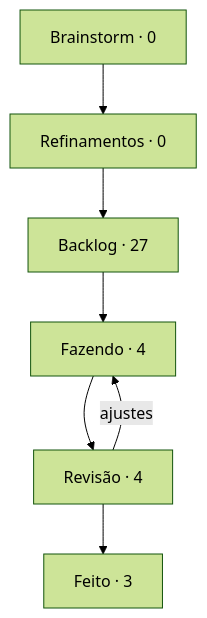
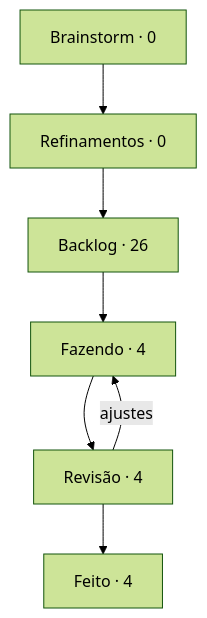
The diagram in boards/dungeon-bend/BOARD.md (StudioVibi/VibiKanban), drawn with Mermaid (forest theme) before and after one commit. The commit also changed other lines of this file and 2 other files, not shown here.

````diff
--- a/boards/dungeon-bend/BOARD.md
+++ b/boards/dungeon-bend/BOARD.md
@@ -5,12 +5,12 @@
 ```mermaid
 flowchart TD
   brainstorm["Brainstorm · 0"] --> refinamentos["Refinamentos · 0"]
-  refinamentos --> backlog["Backlog · 27"]
+  refinamentos --> backlog["Backlog · 26"]
   backlog --> doing["Fazendo · 4"]
   doing --> review["Revisão · 4"]
-  review --> done["Feito · 3"]
+  review --> done["Feito · 4"]
   review -->|ajustes| doing
   doing:::blue
   review:::yellow
   done:::green
 ```
````
